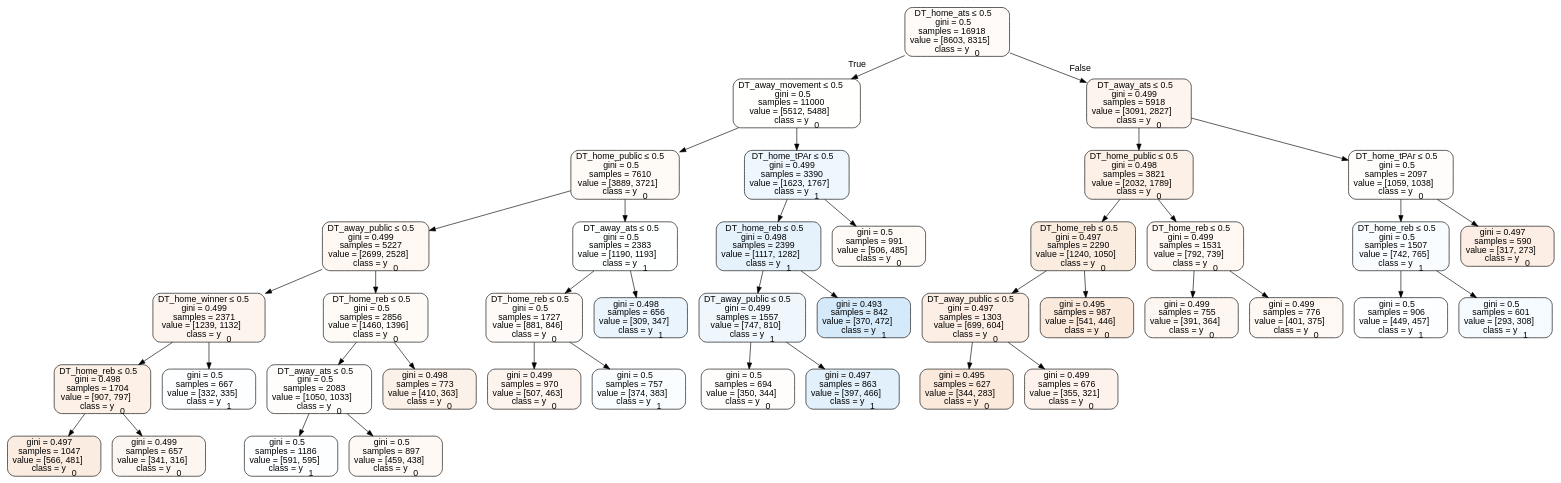
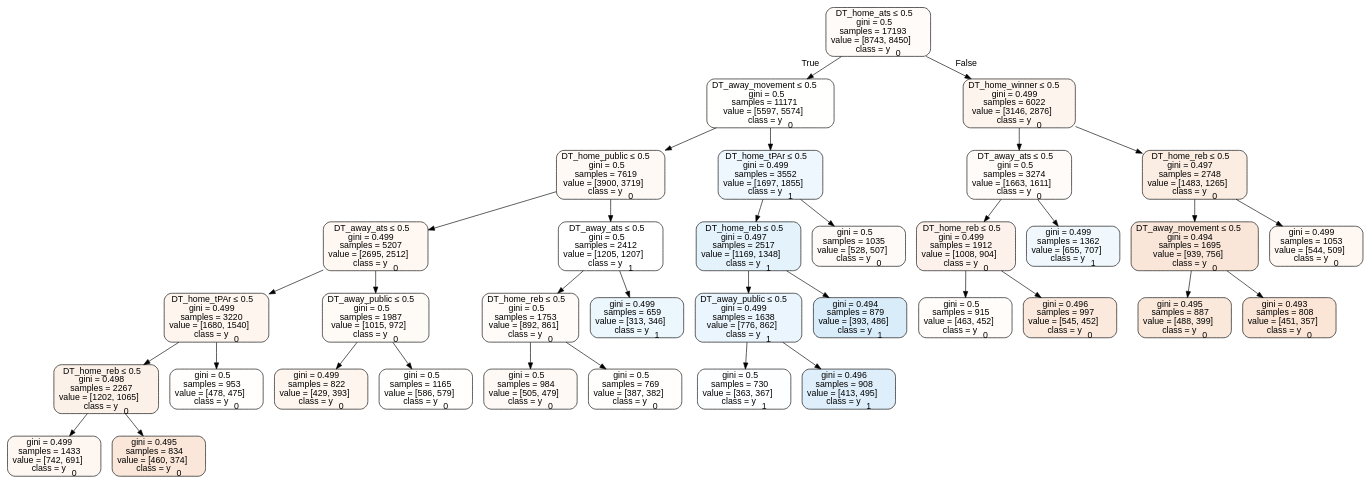
Before and after one commit to usbogie/ncaa-bets: the diagram in Basketball/data/trees/tree2011home.dot, drawn with Graphviz. The commit also changed 23 other files, not shown here.

```diff
--- a/Basketball/data/trees/tree2011home.dot
+++ b/Basketball/data/trees/tree2011home.dot
@@ -1,85 +1,73 @@
 digraph Tree {
 node [shape=box, style="filled, rounded", color="black", fontname=helvetica] ;
 edge [fontname=helvetica] ;
-0 [label=<DT_home_ats &le; 0.5<br/>gini = 0.5<br/>samples = 16918<br/>value = [8603, 8315]<br/>class = y<SUB>0</SUB>>, fillcolor="#e5813909"] ;
-1 [label=<DT_away_movement &le; 0.5<br/>gini = 0.5<br/>samples = 11000<br/>value = [5512, 5488]<br/>class = y<SUB>0</SUB>>, fillcolor="#e5813901"] ;
+0 [label=<DT_home_ats &le; 0.5<br/>gini = 0.5<br/>samples = 17193<br/>value = [8743, 8450]<br/>class = y<SUB>0</SUB>>, fillcolor="#e5813909"] ;
+1 [label=<DT_away_movement &le; 0.5<br/>gini = 0.5<br/>samples = 11171<br/>value = [5597, 5574]<br/>class = y<SUB>0</SUB>>, fillcolor="#e5813901"] ;
 0 -> 1 [labeldistance=2.5, labelangle=45, headlabel="True"] ;
-2 [label=<DT_home_public &le; 0.5<br/>gini = 0.5<br/>samples = 7610<br/>value = [3889, 3721]<br/>class = y<SUB>0</SUB>>, fillcolor="#e581390b"] ;
+2 [label=<DT_home_public &le; 0.5<br/>gini = 0.5<br/>samples = 7619<br/>value = [3900, 3719]<br/>class = y<SUB>0</SUB>>, fillcolor="#e581390c"] ;
 1 -> 2 ;
-3 [label=<DT_away_public &le; 0.5<br/>gini = 0.499<br/>samples = 5227<br/>value = [2699, 2528]<br/>class = y<SUB>0</SUB>>, fillcolor="#e5813910"] ;
+3 [label=<DT_away_ats &le; 0.5<br/>gini = 0.499<br/>samples = 5207<br/>value = [2695, 2512]<br/>class = y<SUB>0</SUB>>, fillcolor="#e5813911"] ;
 2 -> 3 ;
-4 [label=<DT_home_winner &le; 0.5<br/>gini = 0.499<br/>samples = 2371<br/>value = [1239, 1132]<br/>class = y<SUB>0</SUB>>, fillcolor="#e5813916"] ;
+4 [label=<DT_home_tPAr &le; 0.5<br/>gini = 0.499<br/>samples = 3220<br/>value = [1680, 1540]<br/>class = y<SUB>0</SUB>>, fillcolor="#e5813915"] ;
 3 -> 4 ;
-5 [label=<DT_home_reb &le; 0.5<br/>gini = 0.498<br/>samples = 1704<br/>value = [907, 797]<br/>class = y<SUB>0</SUB>>, fillcolor="#e581391f"] ;
+5 [label=<DT_home_reb &le; 0.5<br/>gini = 0.498<br/>samples = 2267<br/>value = [1202, 1065]<br/>class = y<SUB>0</SUB>>, fillcolor="#e581391d"] ;
 4 -> 5 ;
-6 [label=<gini = 0.497<br/>samples = 1047<br/>value = [566, 481]<br/>class = y<SUB>0</SUB>>, fillcolor="#e5813926"] ;
+6 [label=<gini = 0.499<br/>samples = 1433<br/>value = [742, 691]<br/>class = y<SUB>0</SUB>>, fillcolor="#e5813912"] ;
 5 -> 6 ;
-7 [label=<gini = 0.499<br/>samples = 657<br/>value = [341, 316]<br/>class = y<SUB>0</SUB>>, fillcolor="#e5813913"] ;
+7 [label=<gini = 0.495<br/>samples = 834<br/>value = [460, 374]<br/>class = y<SUB>0</SUB>>, fillcolor="#e5813930"] ;
 5 -> 7 ;
-8 [label=<gini = 0.5<br/>samples = 667<br/>value = [332, 335]<br/>class = y<SUB>1</SUB>>, fillcolor="#399de502"] ;
+8 [label=<gini = 0.5<br/>samples = 953<br/>value = [478, 475]<br/>class = y<SUB>0</SUB>>, fillcolor="#e5813902"] ;
 4 -> 8 ;
-9 [label=<DT_home_reb &le; 0.5<br/>gini = 0.5<br/>samples = 2856<br/>value = [1460, 1396]<br/>class = y<SUB>0</SUB>>, fillcolor="#e581390b"] ;
+9 [label=<DT_away_public &le; 0.5<br/>gini = 0.5<br/>samples = 1987<br/>value = [1015, 972]<br/>class = y<SUB>0</SUB>>, fillcolor="#e581390b"] ;
 3 -> 9 ;
-10 [label=<DT_away_ats &le; 0.5<br/>gini = 0.5<br/>samples = 2083<br/>value = [1050, 1033]<br/>class = y<SUB>0</SUB>>, fillcolor="#e5813904"] ;
+10 [label=<gini = 0.499<br/>samples = 822<br/>value = [429, 393]<br/>class = y<SUB>0</SUB>>, fillcolor="#e5813915"] ;
 9 -> 10 ;
-11 [label=<gini = 0.5<br/>samples = 1186<br/>value = [591, 595]<br/>class = y<SUB>1</SUB>>, fillcolor="#399de502"] ;
-10 -> 11 ;
-12 [label=<gini = 0.5<br/>samples = 897<br/>value = [459, 438]<br/>class = y<SUB>0</SUB>>, fillcolor="#e581390c"] ;
-10 -> 12 ;
-13 [label=<gini = 0.498<br/>samples = 773<br/>value = [410, 363]<br/>class = y<SUB>0</SUB>>, fillcolor="#e581391d"] ;
-9 -> 13 ;
-14 [label=<DT_away_ats &le; 0.5<br/>gini = 0.5<br/>samples = 2383<br/>value = [1190, 1193]<br/>class = y<SUB>1</SUB>>, fillcolor="#399de501"] ;
-2 -> 14 ;
-15 [label=<DT_home_reb &le; 0.5<br/>gini = 0.5<br/>samples = 1727<br/>value = [881, 846]<br/>class = y<SUB>0</SUB>>, fillcolor="#e581390a"] ;
-14 -> 15 ;
-16 [label=<gini = 0.499<br/>samples = 970<br/>value = [507, 463]<br/>class = y<SUB>0</SUB>>, fillcolor="#e5813916"] ;
-15 -> 16 ;
-17 [label=<gini = 0.5<br/>samples = 757<br/>value = [374, 383]<br/>class = y<SUB>1</SUB>>, fillcolor="#399de506"] ;
-15 -> 17 ;
-18 [label=<gini = 0.498<br/>samples = 656<br/>value = [309, 347]<br/>class = y<SUB>1</SUB>>, fillcolor="#399de51c"] ;
-14 -> 18 ;
-19 [label=<DT_home_tPAr &le; 0.5<br/>gini = 0.499<br/>samples = 3390<br/>value = [1623, 1767]<br/>class = y<SUB>1</SUB>>, fillcolor="#399de515"] ;
-1 -> 19 ;
-20 [label=<DT_home_reb &le; 0.5<br/>gini = 0.498<br/>samples = 2399<br/>value = [1117, 1282]<br/>class = y<SUB>1</SUB>>, fillcolor="#399de521"] ;
+11 [label=<gini = 0.5<br/>samples = 1165<br/>value = [586, 579]<br/>class = y<SUB>0</SUB>>, fillcolor="#e5813903"] ;
+9 -> 11 ;
+12 [label=<DT_away_ats &le; 0.5<br/>gini = 0.5<br/>samples = 2412<br/>value = [1205, 1207]<br/>class = y<SUB>1</SUB>>, fillcolor="#399de500"] ;
+2 -> 12 ;
+13 [label=<DT_home_reb &le; 0.5<br/>gini = 0.5<br/>samples = 1753<br/>value = [892, 861]<br/>class = y<SUB>0</SUB>>, fillcolor="#e5813909"] ;
+12 -> 13 ;
+14 [label=<gini = 0.5<br/>samples = 984<br/>value = [505, 479]<br/>class = y<SUB>0</SUB>>, fillcolor="#e581390d"] ;
+13 -> 14 ;
+15 [label=<gini = 0.5<br/>samples = 769<br/>value = [387, 382]<br/>class = y<SUB>0</SUB>>, fillcolor="#e5813903"] ;
+13 -> 15 ;
+16 [label=<gini = 0.499<br/>samples = 659<br/>value = [313, 346]<br/>class = y<SUB>1</SUB>>, fillcolor="#399de518"] ;
+12 -> 16 ;
+17 [label=<DT_home_tPAr &le; 0.5<br/>gini = 0.499<br/>samples = 3552<br/>value = [1697, 1855]<br/>class = y<SUB>1</SUB>>, fillcolor="#399de516"] ;
+1 -> 17 ;
+18 [label=<DT_home_reb &le; 0.5<br/>gini = 0.497<br/>samples = 2517<br/>value = [1169, 1348]<br/>class = y<SUB>1</SUB>>, fillcolor="#399de522"] ;
+17 -> 18 ;
+19 [label=<DT_away_public &le; 0.5<br/>gini = 0.499<br/>samples = 1638<br/>value = [776, 862]<br/>class = y<SUB>1</SUB>>, fillcolor="#399de519"] ;
+18 -> 19 ;
+20 [label=<gini = 0.5<br/>samples = 730<br/>value = [363, 367]<br/>class = y<SUB>1</SUB>>, fillcolor="#399de503"] ;
 19 -> 20 ;
-21 [label=<DT_away_public &le; 0.5<br/>gini = 0.499<br/>samples = 1557<br/>value = [747, 810]<br/>class = y<SUB>1</SUB>>, fillcolor="#399de514"] ;
-20 -> 21 ;
-22 [label=<gini = 0.5<br/>samples = 694<br/>value = [350, 344]<br/>class = y<SUB>0</SUB>>, fillcolor="#e5813904"] ;
-21 -> 22 ;
-23 [label=<gini = 0.497<br/>samples = 863<br/>value = [397, 466]<br/>class = y<SUB>1</SUB>>, fillcolor="#399de526"] ;
-21 -> 23 ;
-24 [label=<gini = 0.493<br/>samples = 842<br/>value = [370, 472]<br/>class = y<SUB>1</SUB>>, fillcolor="#399de537"] ;
-20 -> 24 ;
-25 [label=<gini = 0.5<br/>samples = 991<br/>value = [506, 485]<br/>class = y<SUB>0</SUB>>, fillcolor="#e581390b"] ;
-19 -> 25 ;
-26 [label=<DT_away_ats &le; 0.5<br/>gini = 0.499<br/>samples = 5918<br/>value = [3091, 2827]<br/>class = y<SUB>0</SUB>>, fillcolor="#e5813916"] ;
-0 -> 26 [labeldistance=2.5, labelangle=-45, headlabel="False"] ;
-27 [label=<DT_home_public &le; 0.5<br/>gini = 0.498<br/>samples = 3821<br/>value = [2032, 1789]<br/>class = y<SUB>0</SUB>>, fillcolor="#e581391e"] ;
+21 [label=<gini = 0.496<br/>samples = 908<br/>value = [413, 495]<br/>class = y<SUB>1</SUB>>, fillcolor="#399de52a"] ;
+19 -> 21 ;
+22 [label=<gini = 0.494<br/>samples = 879<br/>value = [393, 486]<br/>class = y<SUB>1</SUB>>, fillcolor="#399de531"] ;
+18 -> 22 ;
+23 [label=<gini = 0.5<br/>samples = 1035<br/>value = [528, 507]<br/>class = y<SUB>0</SUB>>, fillcolor="#e581390a"] ;
+17 -> 23 ;
+24 [label=<DT_home_winner &le; 0.5<br/>gini = 0.499<br/>samples = 6022<br/>value = [3146, 2876]<br/>class = y<SUB>0</SUB>>, fillcolor="#e5813916"] ;
+0 -> 24 [labeldistance=2.5, labelangle=-45, headlabel="False"] ;
+25 [label=<DT_away_ats &le; 0.5<br/>gini = 0.5<br/>samples = 3274<br/>value = [1663, 1611]<br/>class = y<SUB>0</SUB>>, fillcolor="#e5813908"] ;
+24 -> 25 ;
+26 [label=<DT_home_reb &le; 0.5<br/>gini = 0.499<br/>samples = 1912<br/>value = [1008, 904]<br/>class = y<SUB>0</SUB>>, fillcolor="#e581391a"] ;
+25 -> 26 ;
+27 [label=<gini = 0.5<br/>samples = 915<br/>value = [463, 452]<br/>class = y<SUB>0</SUB>>, fillcolor="#e5813906"] ;
 26 -> 27 ;
-28 [label=<DT_home_reb &le; 0.5<br/>gini = 0.497<br/>samples = 2290<br/>value = [1240, 1050]<br/>class = y<SUB>0</SUB>>, fillcolor="#e5813927"] ;
-27 -> 28 ;
-29 [label=<DT_away_public &le; 0.5<br/>gini = 0.497<br/>samples = 1303<br/>value = [699, 604]<br/>class = y<SUB>0</SUB>>, fillcolor="#e5813923"] ;
-28 -> 29 ;
-30 [label=<gini = 0.495<br/>samples = 627<br/>value = [344, 283]<br/>class = y<SUB>0</SUB>>, fillcolor="#e581392d"] ;
-29 -> 30 ;
-31 [label=<gini = 0.499<br/>samples = 676<br/>value = [355, 321]<br/>class = y<SUB>0</SUB>>, fillcolor="#e5813918"] ;
-29 -> 31 ;
-32 [label=<gini = 0.495<br/>samples = 987<br/>value = [541, 446]<br/>class = y<SUB>0</SUB>>, fillcolor="#e581392d"] ;
-28 -> 32 ;
-33 [label=<DT_home_reb &le; 0.5<br/>gini = 0.499<br/>samples = 1531<br/>value = [792, 739]<br/>class = y<SUB>0</SUB>>, fillcolor="#e5813911"] ;
-27 -> 33 ;
-34 [label=<gini = 0.499<br/>samples = 755<br/>value = [391, 364]<br/>class = y<SUB>0</SUB>>, fillcolor="#e5813912"] ;
-33 -> 34 ;
-35 [label=<gini = 0.499<br/>samples = 776<br/>value = [401, 375]<br/>class = y<SUB>0</SUB>>, fillcolor="#e5813911"] ;
-33 -> 35 ;
-36 [label=<DT_home_tPAr &le; 0.5<br/>gini = 0.5<br/>samples = 2097<br/>value = [1059, 1038]<br/>class = y<SUB>0</SUB>>, fillcolor="#e5813905"] ;
-26 -> 36 ;
-37 [label=<DT_home_reb &le; 0.5<br/>gini = 0.5<br/>samples = 1507<br/>value = [742, 765]<br/>class = y<SUB>1</SUB>>, fillcolor="#399de508"] ;
-36 -> 37 ;
-38 [label=<gini = 0.5<br/>samples = 906<br/>value = [449, 457]<br/>class = y<SUB>1</SUB>>, fillcolor="#399de504"] ;
-37 -> 38 ;
-39 [label=<gini = 0.5<br/>samples = 601<br/>value = [293, 308]<br/>class = y<SUB>1</SUB>>, fillcolor="#399de50c"] ;
-37 -> 39 ;
-40 [label=<gini = 0.497<br/>samples = 590<br/>value = [317, 273]<br/>class = y<SUB>0</SUB>>, fillcolor="#e5813923"] ;
-36 -> 40 ;
+28 [label=<gini = 0.496<br/>samples = 997<br/>value = [545, 452]<br/>class = y<SUB>0</SUB>>, fillcolor="#e581392c"] ;
+26 -> 28 ;
+29 [label=<gini = 0.499<br/>samples = 1362<br/>value = [655, 707]<br/>class = y<SUB>1</SUB>>, fillcolor="#399de513"] ;
+25 -> 29 ;
+30 [label=<DT_home_reb &le; 0.5<br/>gini = 0.497<br/>samples = 2748<br/>value = [1483, 1265]<br/>class = y<SUB>0</SUB>>, fillcolor="#e5813925"] ;
+24 -> 30 ;
+31 [label=<DT_away_movement &le; 0.5<br/>gini = 0.494<br/>samples = 1695<br/>value = [939, 756]<br/>class = y<SUB>0</SUB>>, fillcolor="#e5813932"] ;
+30 -> 31 ;
+32 [label=<gini = 0.495<br/>samples = 887<br/>value = [488, 399]<br/>class = y<SUB>0</SUB>>, fillcolor="#e581392f"] ;
+31 -> 32 ;
+33 [label=<gini = 0.493<br/>samples = 808<br/>value = [451, 357]<br/>class = y<SUB>0</SUB>>, fillcolor="#e5813935"] ;
+31 -> 33 ;
+34 [label=<gini = 0.499<br/>samples = 1053<br/>value = [544, 509]<br/>class = y<SUB>0</SUB>>, fillcolor="#e5813910"] ;
+30 -> 34 ;
 }
```
